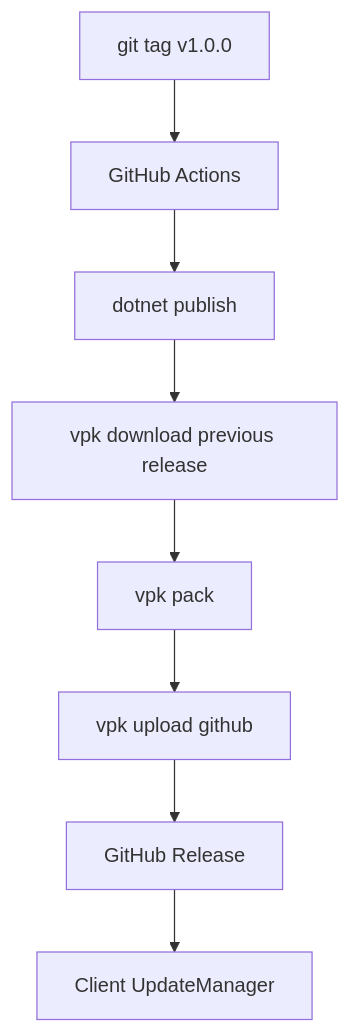
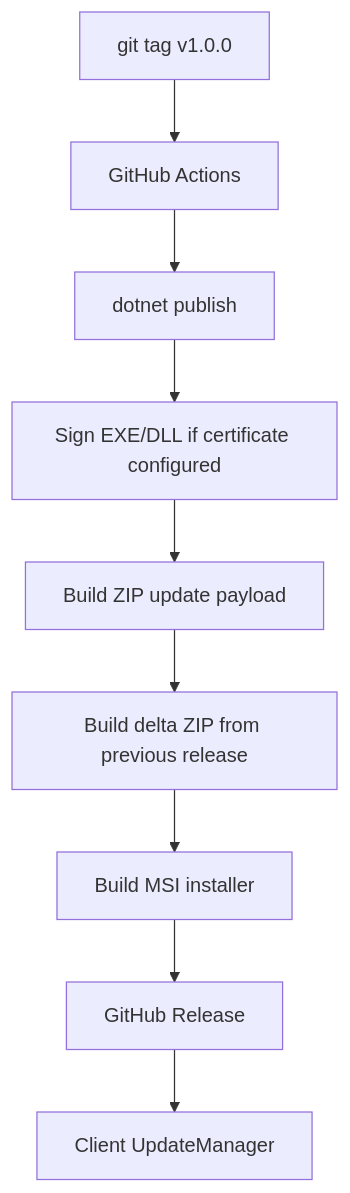
The first of 2 diagrams in docs/09_UPDATE_RELEASE_PLAN.md (Extectick/ExApp), drawn with Mermaid before and after one commit. The commit also changed other lines of this file and 20 other files, not shown here.

````diff
--- a/docs/09_UPDATE_RELEASE_PLAN.md
+++ b/docs/09_UPDATE_RELEASE_PLAN.md
@@ -22,10 +29,11 @@
 ```mermaid
 flowchart TD
     A[git tag v1.0.0] --> B[GitHub Actions]
     B --> C[dotnet publish]
-    C --> D[vpk download previous release]
-    D --> E[vpk pack]
-    E --> F[vpk upload github]
-    F --> G[GitHub Release]
-    G --> H[Client UpdateManager]
+    C --> D[Sign EXE/DLL if certificate configured]
+    D --> E[Build ZIP update payload]
+    E --> F[Build delta ZIP from previous release]
+    F --> G[Build MSI installer]
+    G --> H[GitHub Release]
+    H --> I[Client UpdateManager]
 ```
````
